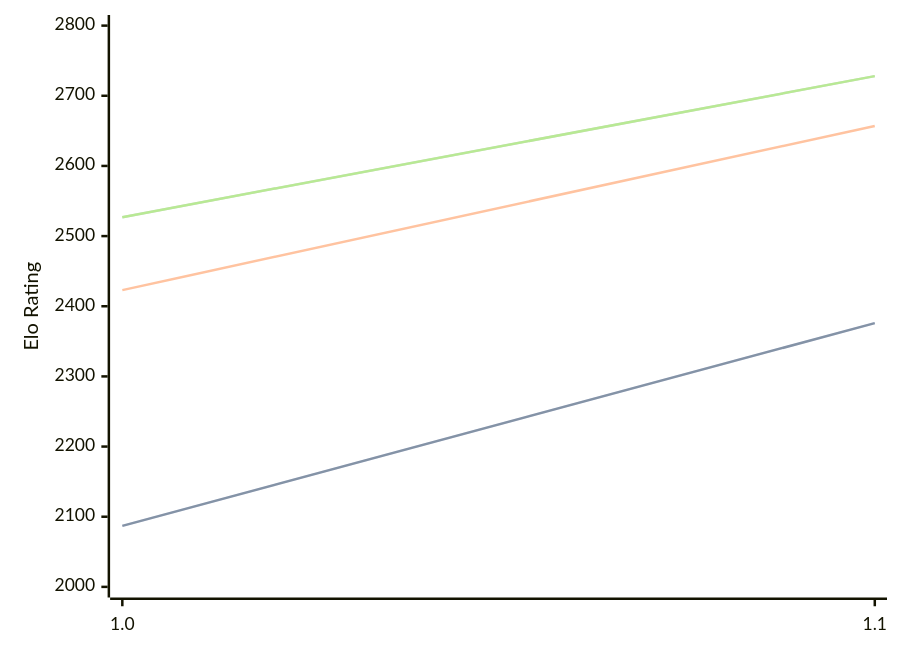
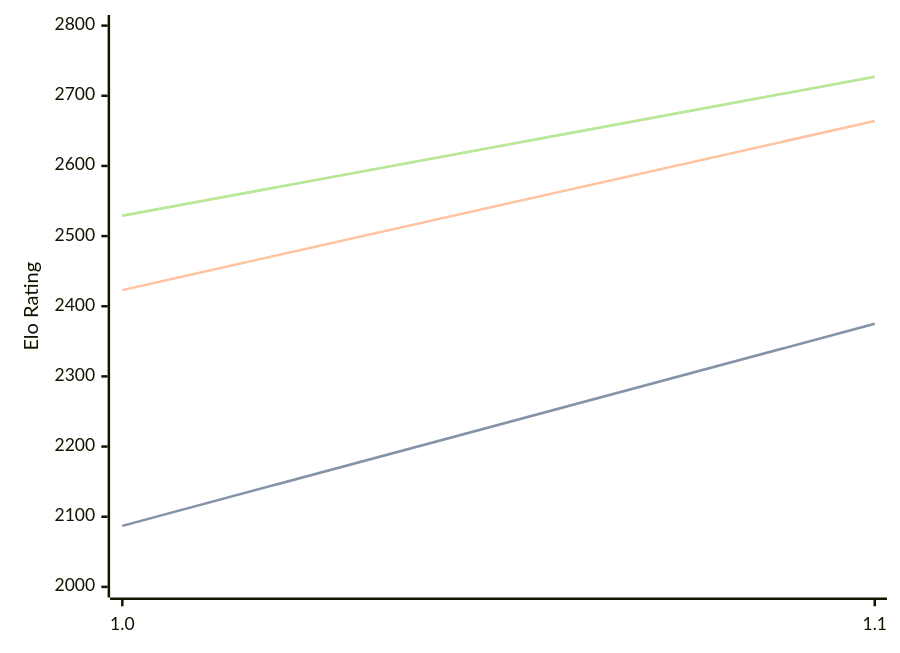
One commit to computer-chess-index/cci changed the diagram in engines/Erinn.md. Above: the diagram before and after it, drawn with Mermaid. The commit also changed other lines of this file, not shown here.

Commit message:
Update CCI Ratings (ELO VLTC) - 2026-08-24

````diff
--- a/engines/Erinn.md
+++ b/engines/Erinn.md
@@ -32,11 +32,11 @@
 ```mermaid
 %%{init: {"theme":"base","themeVariables":{"seriesColors:['#a3a3a3','#222221','#faa371']}}}%%
 xychart-beta
   x-axis ["1.0", "1.1"]
   y-axis "Elo Rating" 2000 --> 2800
-  line "STC (8.0+0.08s)" [2087, 2376]
-  line "STC (8.0+0.08s)" [2087, 2376]
-  line "LTC (60.0+0.60s)" [2423, 2657]
-  line "VLTC (2m24s+1.12s)" [2527, 2728]
-  line "VLTC (2m24s+1.12s)" [2527, 2728]
+  line "STC (8.0+0.08s)" [2087, 2375]
+  line "STC (8.0+0.08s)" [2087, 2375]
+  line "LTC (60.0+0.60s)" [2423, 2664]
+  line "VLTC (2m24s+1.12s)" [2529, 2727]
+  line "VLTC (2m24s+1.12s)" [2529, 2727]
 ```
````
